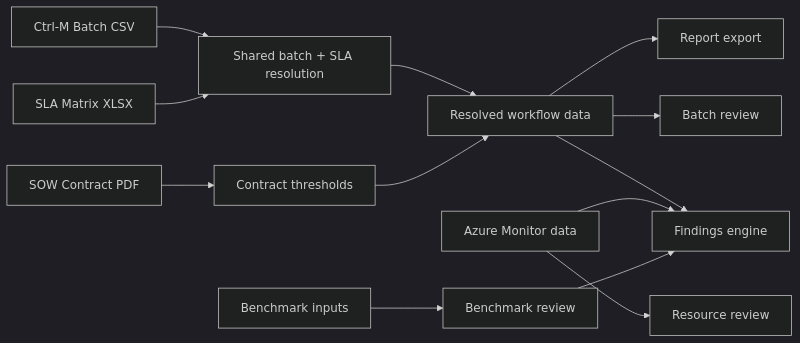
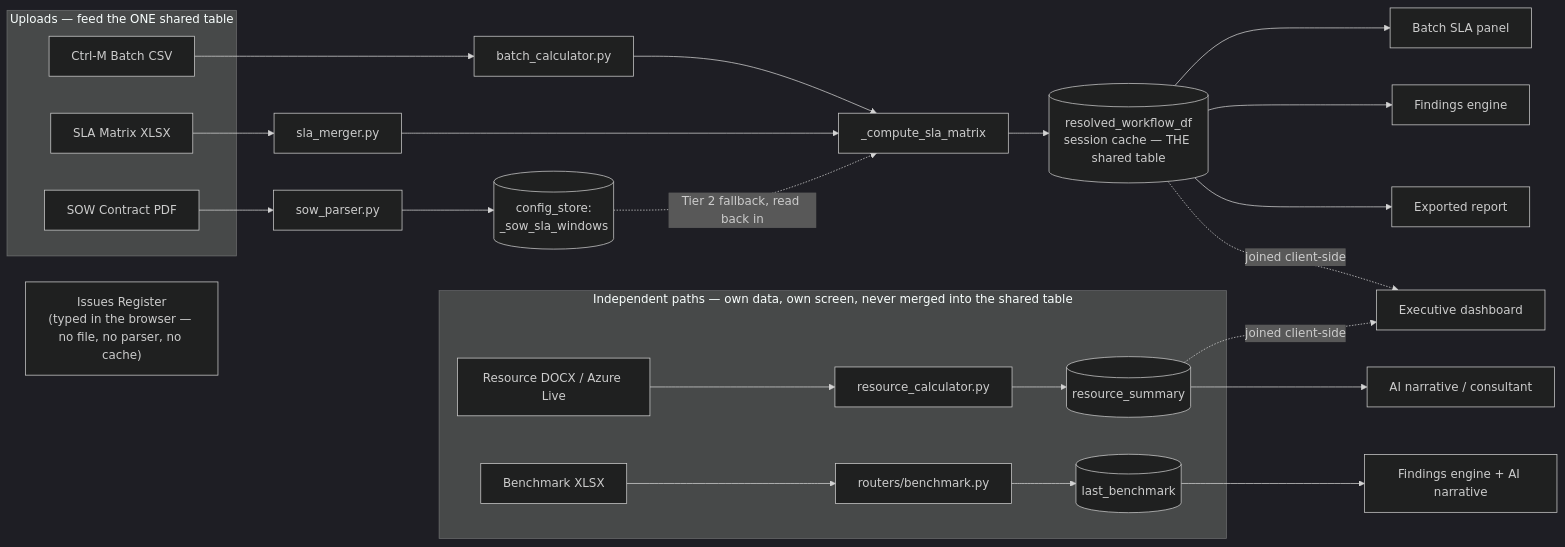
The first of 9 diagrams in other/PE_Dashboard_Presentation.md (ayum321/PE_Dashboard), drawn with Mermaid (dark theme) before and after one commit. The commit also changed other lines of this file, not shown here.

Commit message:
Restore diagrams/detail in PE dashboard deck; apply light trim only

````diff
--- a/other/PE_Dashboard_Presentation.md
+++ b/other/PE_Dashboard_Presentation.md
@@ -42,17 +81,30 @@
 ```mermaid
 flowchart LR
-    A[Ctrl-M Batch CSV] --> B[Shared batch + SLA resolution]
-    C[SLA Matrix XLSX] --> B
-    D[SOW Contract PDF] --> E[Contract thresholds]
-    B --> F[Resolved workflow data]
-    E --> F
+    subgraph Uploads["Uploads — feed the ONE shared table"]
+        A[Ctrl-M Batch CSV]
+        C[SLA Matrix XLSX]
+        D[SOW Contract PDF]
+    end
+    A --> P[batch_calculator.py]
+    C --> M[sla_merger.py]
+    D --> S[sow_parser.py]
+    S --> CFG[(config_store:\n_sow_sla_windows)]
+    P --> T[_compute_sla_matrix]
+    M --> T
+    CFG -. "Tier 2 fallback, read back in" .-> T
+    T --> X[(resolved_workflow_df\nsession cache — THE shared table)]
+    X --> U1[Batch SLA panel]
+    X --> U2[Findings engine]
+    X --> U3[Exported report]
+    X -. "joined client-side" .-> U4[Executive dashboard]
 
-    F --> G[Batch review]
-    F --> H[Findings engine]
-    F --> I[Report export]
+    subgraph Independent["Independent paths — own data, own screen, never merged into the shared table"]
+        B[Resource DOCX / Azure Live] --> R[resource_calculator.py] --> RS[(resource_summary)]
+        E[Benchmark XLSX] --> BR[routers/benchmark.py] --> BS[(last_benchmark)]
+    end
+    RS --> N1[AI narrative / consultant]
+    BS --> N2[Findings engine + AI narrative]
+    RS -. "joined client-side" .-> U4
 
-    J[Azure Monitor data] --> K[Resource review]
-    J --> H
-    L[Benchmark inputs] --> M[Benchmark review]
-    M --> H
+    F["Issues Register\n(typed in the browser — no file, no parser, no cache)"]
 ```
````
